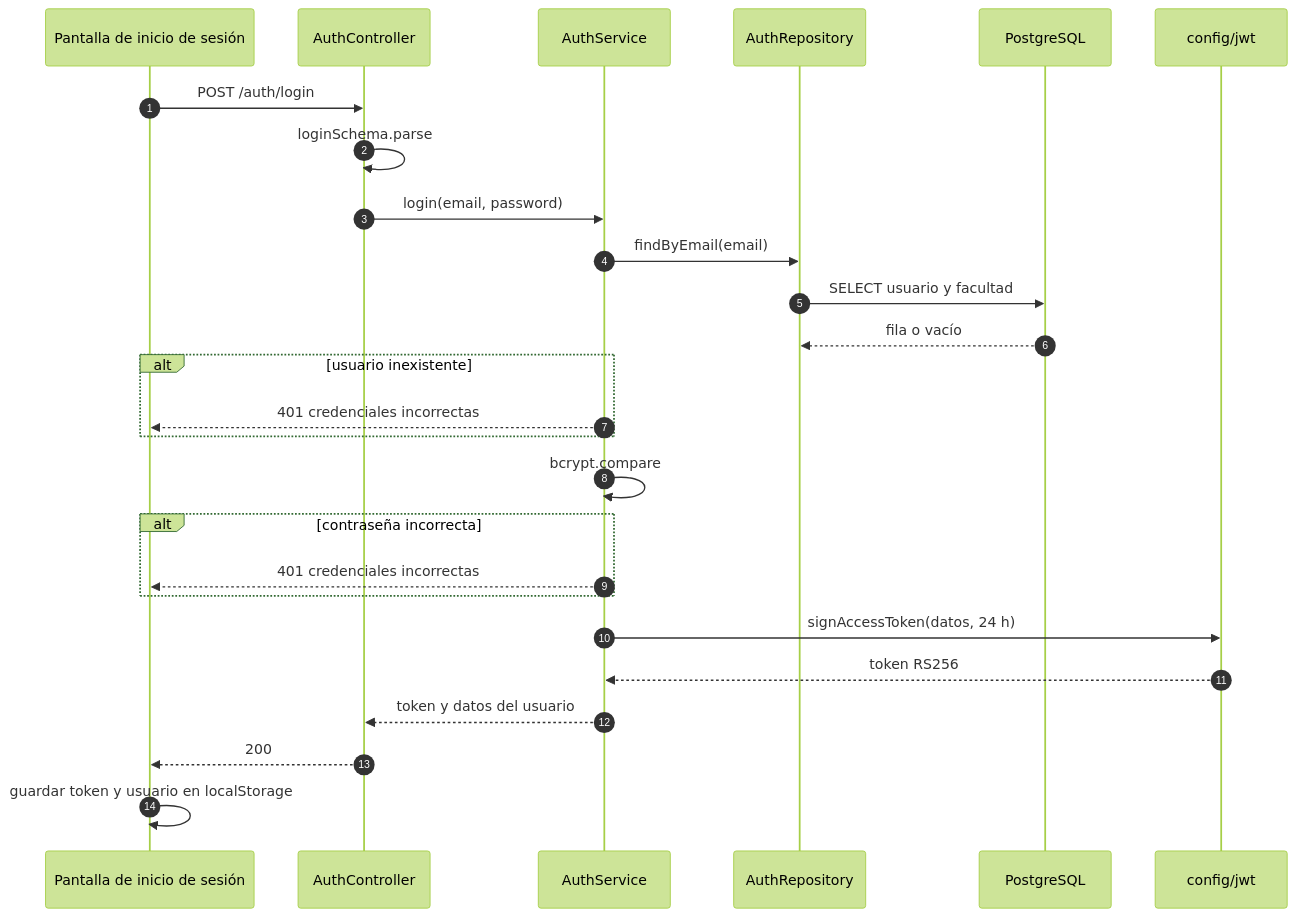
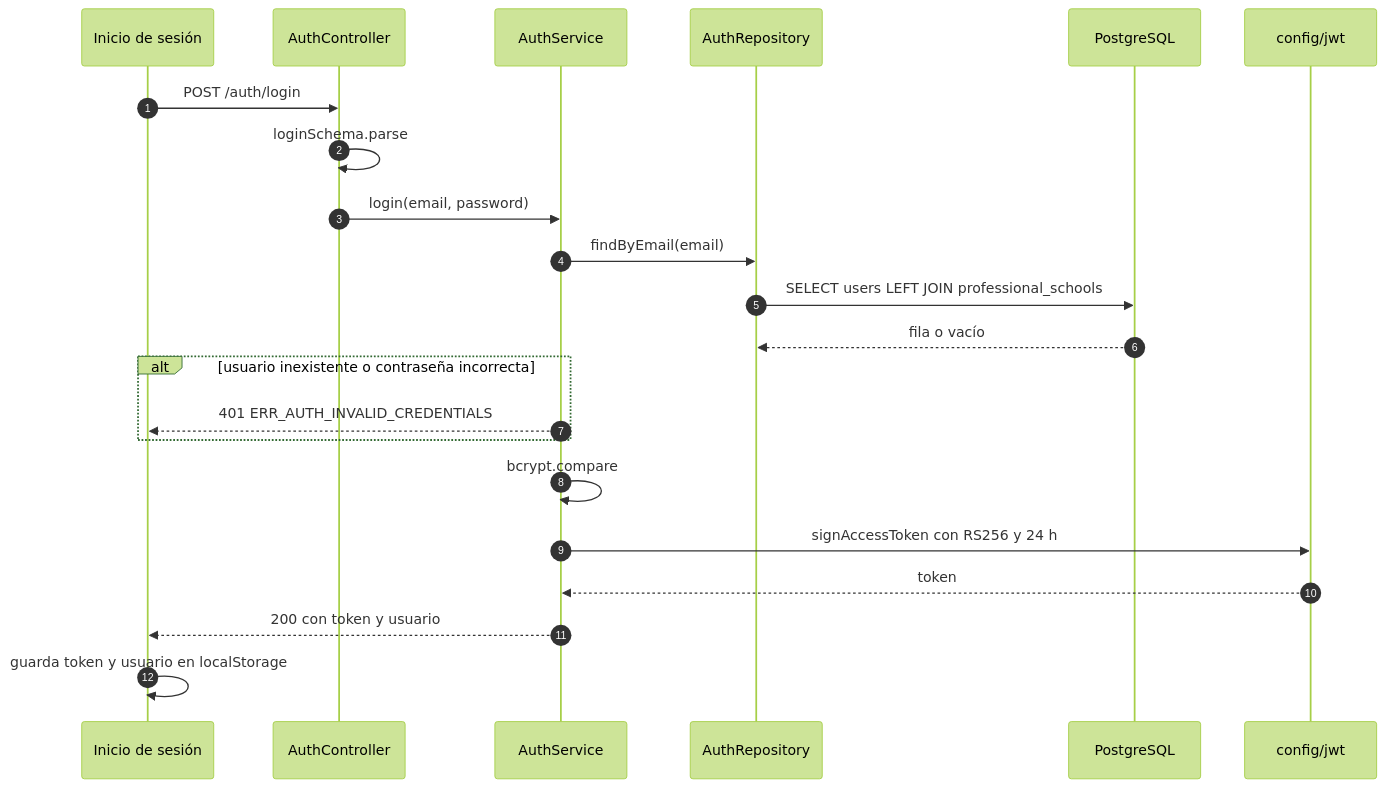
The fifth of 9 diagrams in docs/04-modelo-c4/04-codigo-y-secuencias.md (pillacarodriguezuriel-a11y/social_unsch), drawn with Mermaid (forest theme) before and after one commit. The commit also changed other lines of this file and 44 other files, not shown here.

First line of the commit message:
docs: alinear documentación y modelo c4 con el estado verificado del sistema

````diff
--- a/docs/04-modelo-c4/04-codigo-y-secuencias.md
+++ b/docs/04-modelo-c4/04-codigo-y-secuencias.md
@@ -119,29 +179,25 @@
 ```mermaid
 sequenceDiagram
     autonumber
-    participant W as Pantalla de inicio de sesión
+    participant W as Inicio de sesión
     participant C as AuthController
     participant S as AuthService
     participant R as AuthRepository
     participant D as PostgreSQL
     participant J as config/jwt
 
     W->>C: POST /auth/login
     C->>C: loginSchema.parse
     C->>S: login(email, password)
     S->>R: findByEmail(email)
-    R->>D: SELECT usuario y facultad
+    R->>D: SELECT users LEFT JOIN professional_schools
     D-->>R: fila o vacío
-    alt usuario inexistente
-        S-->>W: 401 credenciales incorrectas
+    alt usuario inexistente o contraseña incorrecta
+        S-->>W: 401 ERR_AUTH_INVALID_CREDENTIALS
     end
     S->>S: bcrypt.compare
-    alt contraseña incorrecta
-        S-->>W: 401 credenciales incorrectas
-    end
-    S->>J: signAccessToken(datos, 24 h)
-    J-->>S: token RS256
-    S-->>C: token y datos del usuario
-    C-->>W: 200
-    W->>W: guardar token y usuario en localStorage
+    S->>J: signAccessToken con RS256 y 24 h
+    J-->>S: token
+    S-->>W: 200 con token y usuario
+    W->>W: guarda token y usuario en localStorage
 ```
````
